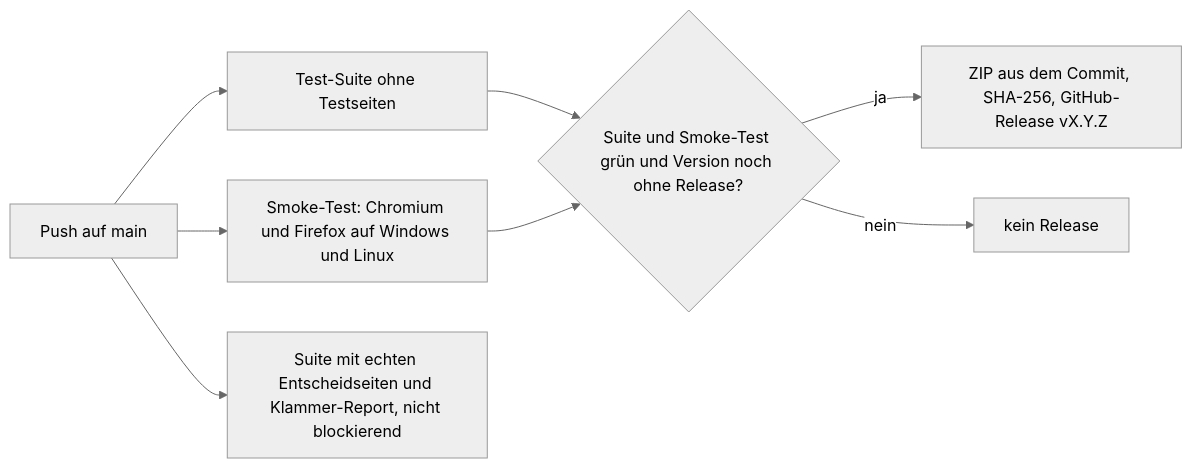
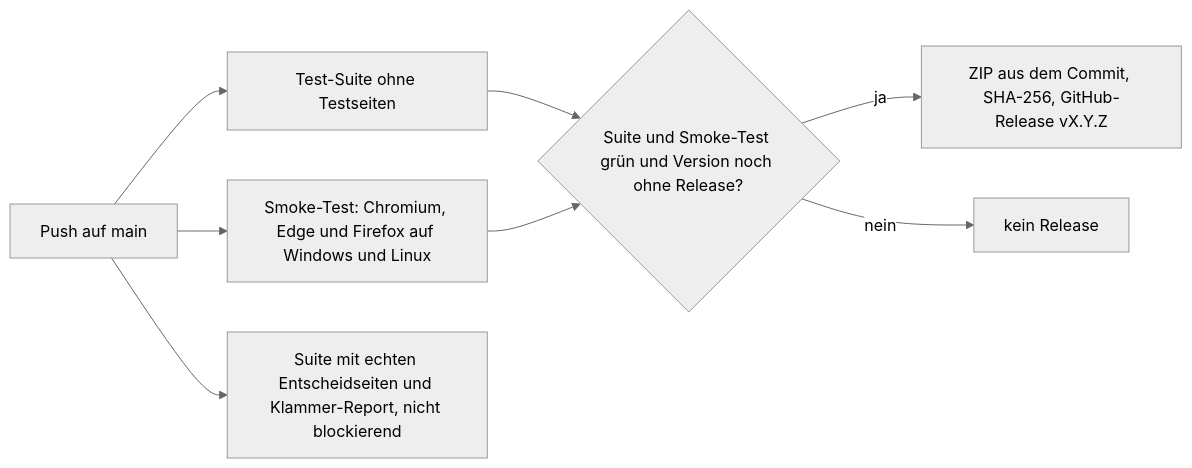
The second of 2 diagrams in wiki/Entwicklung.md (cursorblinkrate-boop/bger-reader-addon), drawn with Mermaid (neutral theme) before and after one commit. The commit also changed other lines of this file and 2 other files, not shown here.

First line of the commit message:
Doku: Edge und Screenshot-Werkzeug nachgezogen, Wiki-Workflow nennt den Klon-Fehler

````diff
--- a/wiki/Entwicklung.md
+++ b/wiki/Entwicklung.md
@@ -105,10 +113,10 @@
 ```mermaid
 flowchart LR
     Push["Push auf main"] --> Suite["Test-Suite ohne Testseiten"]
-    Push --> Smoke["Smoke-Test: Chromium und Firefox auf Windows und Linux"]
+    Push --> Smoke["Smoke-Test: Chromium, Edge und Firefox auf Windows und Linux"]
     Push --> Fixtures["Suite mit echten Entscheidseiten und Klammer-Report, nicht blockierend"]
     Suite --> Frage{"Suite und Smoke-Test grün und Version noch ohne Release?"}
     Smoke --> Frage
     Frage -- "ja" --> Release["ZIP aus dem Commit, SHA-256, GitHub-Release vX.Y.Z"]
     Frage -- "nein" --> Nichts["kein Release"]
 ```
````
